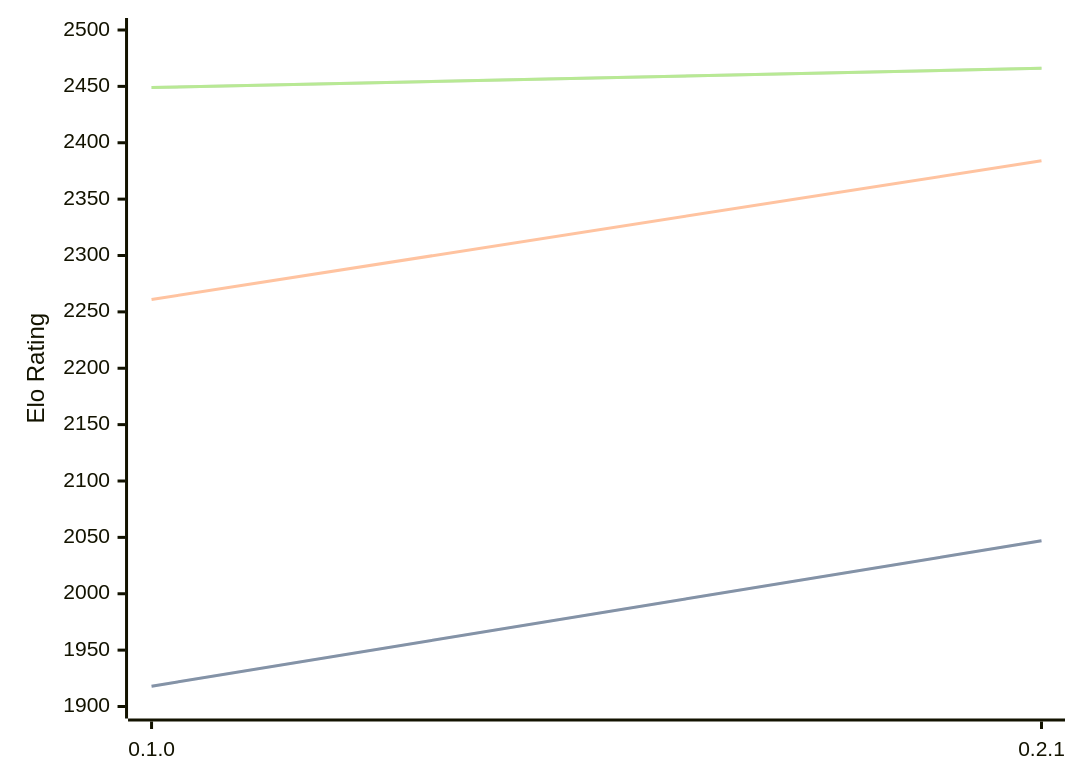
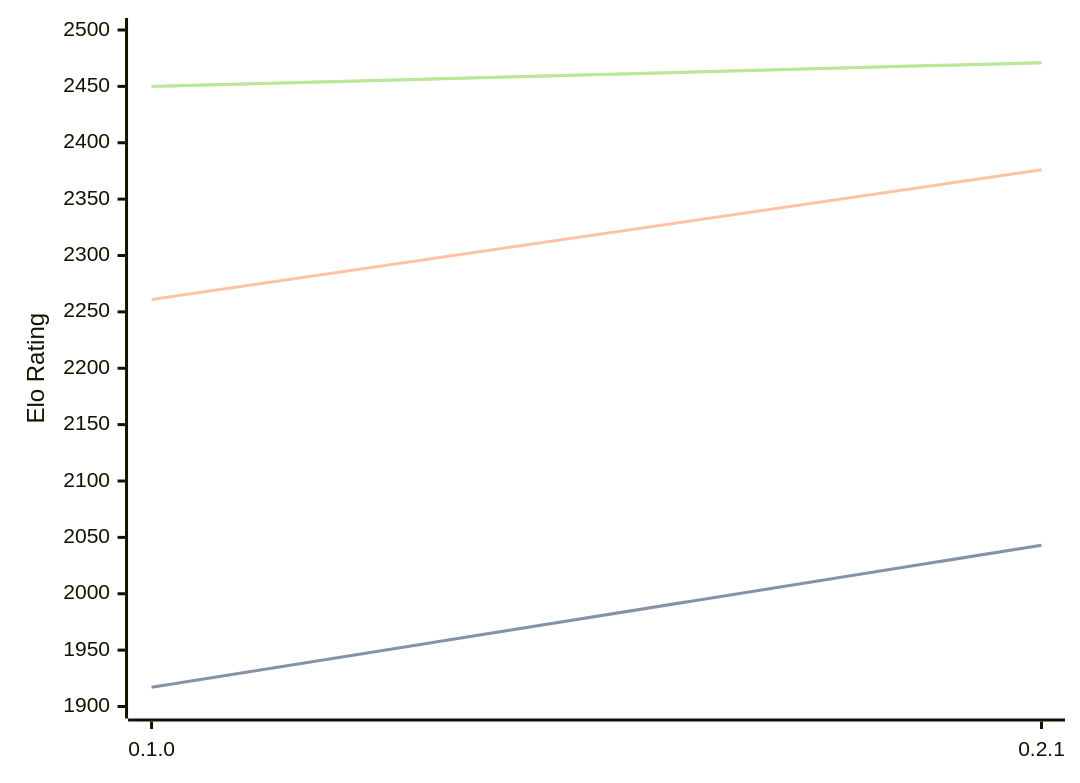
The diagram in engines/Sykora.md (computer-chess-index/cci), drawn with Mermaid before and after one commit. The commit also changed other lines of this file, not shown here.

Commit message:
Update CCI Ratings (ELO VLTC) - 2026-04-16

````diff
--- a/engines/Sykora.md
+++ b/engines/Sykora.md
@@ -33,11 +33,11 @@
 ```mermaid
 %%{init: {"theme":"base","themeVariables":{"seriesColors:['#a3a3a3','#222221','#faa371']}}}%%
 xychart-beta
   x-axis ["0.1.0", "0.2.1"]
   y-axis "Elo Rating" 1900 --> 2500
-  line "STC (8.0+0.08s)" [1918, 2047]
-  line "STC (8.0+0.08s)" [1918, 2047]
-  line "LTC (60.0+0.60s)" [2261, 2384]
-  line "VLTC (2m24s+1.12s)" [2449, 2466]
-  line "VLTC (2m24s+1.12s)" [2449, 2466]
+  line "STC (8.0+0.08s)" [1917, 2043]
+  line "STC (8.0+0.08s)" [1917, 2043]
+  line "LTC (60.0+0.60s)" [2261, 2376]
+  line "VLTC (2m24s+1.12s)" [2450, 2471]
+  line "VLTC (2m24s+1.12s)" [2450, 2471]
 ```
````
